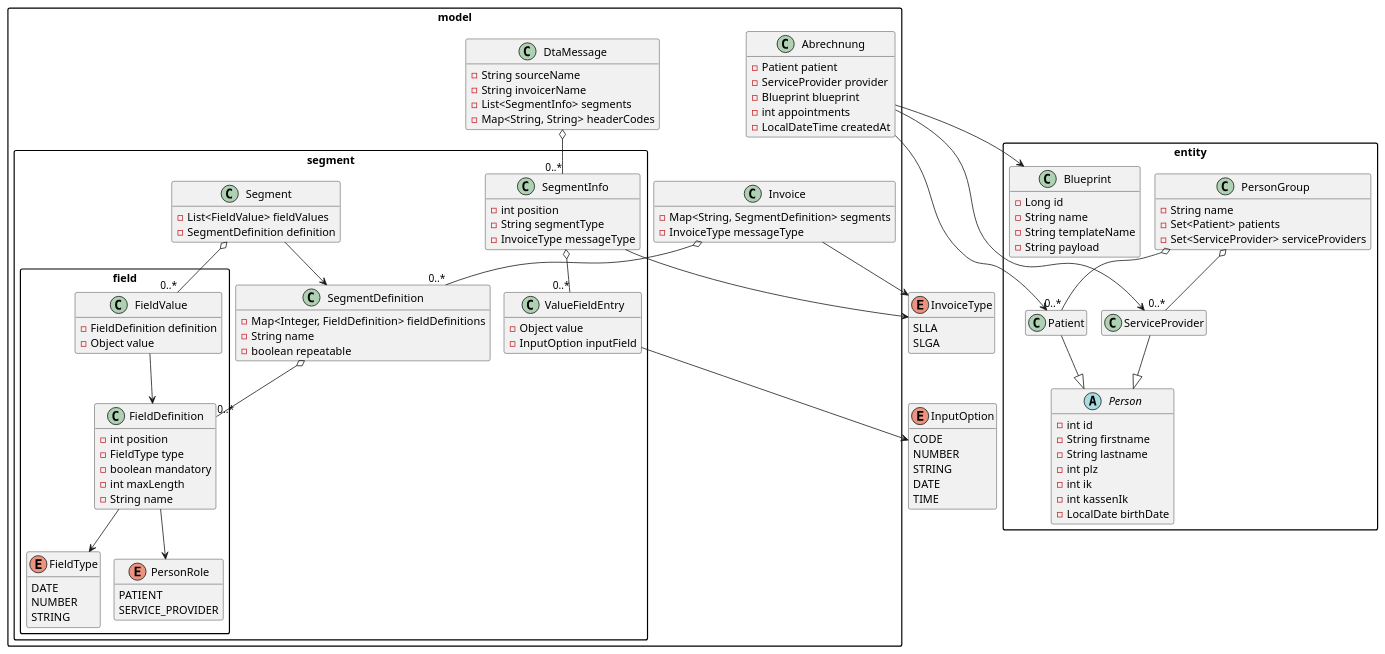
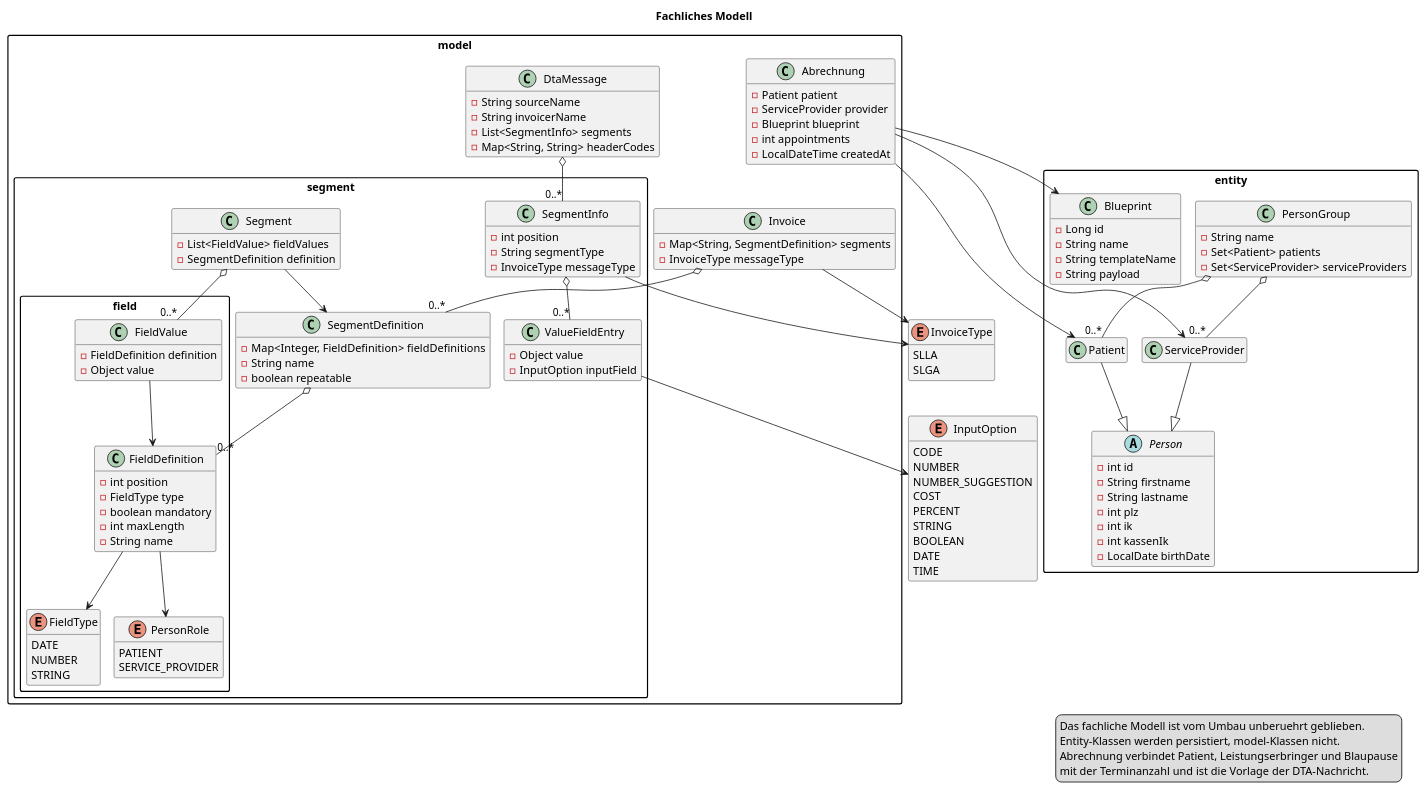
One commit to Gulaschkanister/Health-insurance-claims changed the diagram in GKVTransmitter/Information/01_Domaene.puml. Above: the diagram before and after it, drawn with PlantUML. The commit also changed 12 other files, not shown here.

```diff
--- a/GKVTransmitter/Information/01_Domaene.puml
+++ b/GKVTransmitter/Information/01_Domaene.puml
@@ -1,128 +1,140 @@
 @startuml GKVTransmitter_Domaene
 !pragma layout smetana
 hide empty members
 skinparam packageStyle rectangle
 skinparam shadowing false
 skinparam linetype ortho
+
+title Fachliches Modell
 
 package "entity" {
   abstract class Person {
     -int id
     -String firstname
     -String lastname
     -int plz
     -int ik
     -int kassenIk
     -LocalDate birthDate
   }
   class Patient
   class ServiceProvider
   class PersonGroup {
     -String name
     -Set<Patient> patients
     -Set<ServiceProvider> serviceProviders
   }
   class Blueprint {
     -Long id
     -String name
     -String templateName
     -String payload
   }
 }
 
 package "model" {
   class Abrechnung {
     -Patient patient
     -ServiceProvider provider
     -Blueprint blueprint
     -int appointments
     -LocalDateTime createdAt
   }
   class Invoice {
     -Map<String, SegmentDefinition> segments
     -InvoiceType messageType
   }
   class DtaMessage {
     -String sourceName
     -String invoicerName
     -List<SegmentInfo> segments
     -Map<String, String> headerCodes
   }
 }
 
 package "model.segment" {
   class Segment {
     -List<FieldValue> fieldValues
     -SegmentDefinition definition
   }
   class SegmentDefinition {
     -Map<Integer, FieldDefinition> fieldDefinitions
     -String name
     -boolean repeatable
   }
   class SegmentInfo {
     -int position
     -String segmentType
     -InvoiceType messageType
   }
   class ValueFieldEntry {
     -Object value
     -InputOption inputField
   }
 }
 
 package "model.segment.field" {
   class FieldDefinition {
     -int position
     -FieldType type
     -boolean mandatory
     -int maxLength
     -String name
   }
   class FieldValue {
     -FieldDefinition definition
     -Object value
   }
   enum FieldType {
     DATE
     NUMBER
     STRING
   }
   enum PersonRole {
     PATIENT
     SERVICE_PROVIDER
   }
 }
 
 enum InvoiceType {
   SLLA
   SLGA
 }
 enum InputOption {
   CODE
   NUMBER
+  NUMBER_SUGGESTION
+  COST
+  PERCENT
   STRING
+  BOOLEAN
   DATE
   TIME
 }
 
 Patient --|> Person
 ServiceProvider --|> Person
 PersonGroup o-- "0..*" Patient
 PersonGroup o-- "0..*" ServiceProvider
 Abrechnung --> Patient
 Abrechnung --> ServiceProvider
 Abrechnung --> Blueprint
 Invoice o-- "0..*" SegmentDefinition
 DtaMessage o-- "0..*" SegmentInfo
 SegmentInfo o-- "0..*" ValueFieldEntry
 Segment o-- "0..*" FieldValue
 Segment --> SegmentDefinition
 SegmentDefinition o-- "0..*" FieldDefinition
 FieldValue --> FieldDefinition
 Invoice --> InvoiceType
 SegmentInfo --> InvoiceType
 FieldDefinition --> FieldType
 FieldDefinition --> PersonRole
 ValueFieldEntry --> InputOption
+legend right
+  Das fachliche Modell ist vom Umbau unberuehrt geblieben.
+  Entity-Klassen werden persistiert, model-Klassen nicht.
+  Abrechnung verbindet Patient, Leistungserbringer und Blaupause
+  mit der Terminanzahl und ist die Vorlage der DTA-Nachricht.
+endlegend
 @enduml
```
